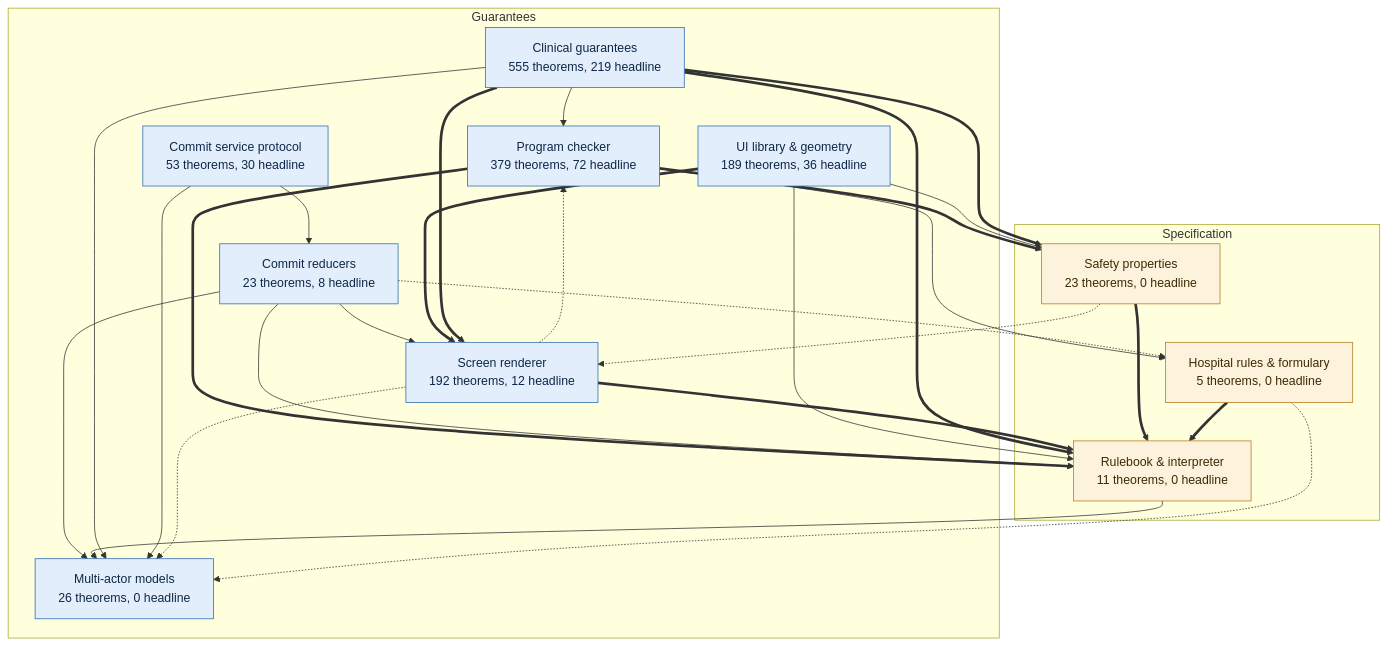
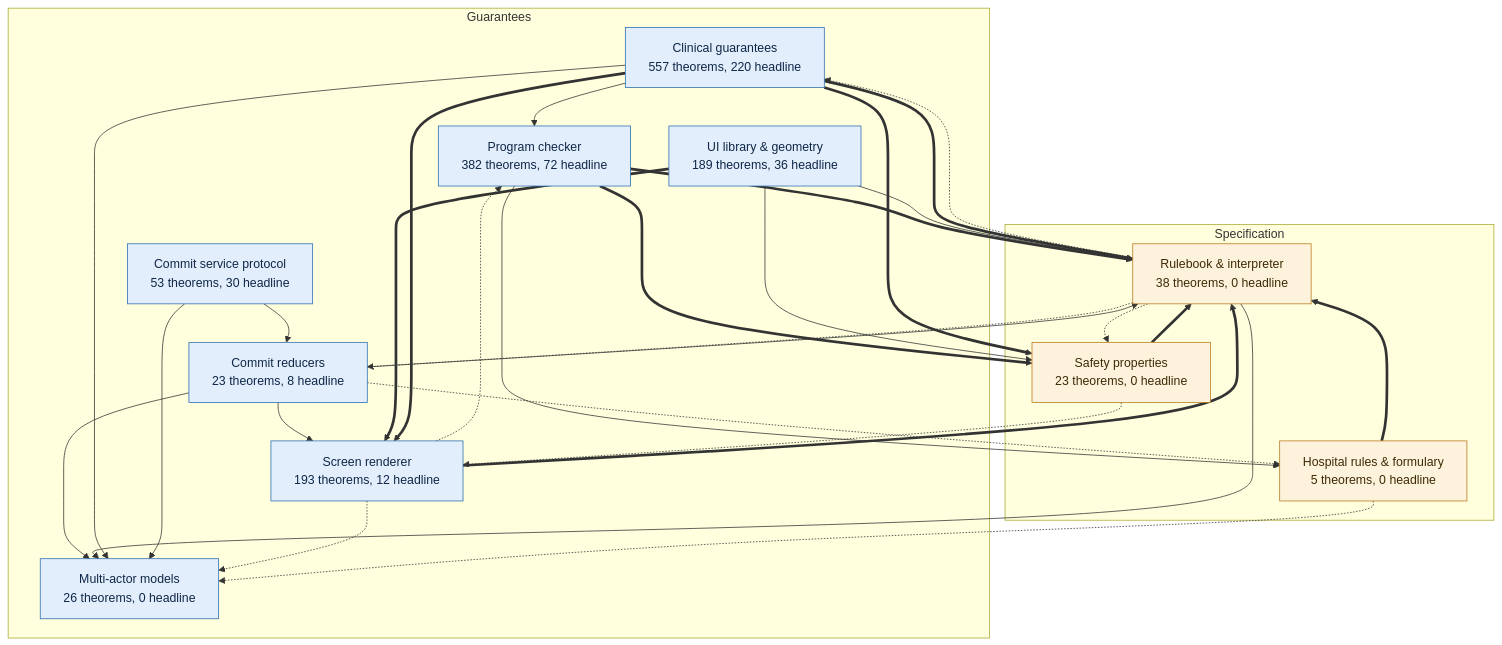
Before and after one commit to saithat/VGI-Health: the first of 9 diagrams in docs/proof-map.md, drawn with Mermaid. The commit also changed other lines of this file and 5 other files, not shown here.

````diff
--- a/docs/proof-map.md
+++ b/docs/proof-map.md
@@ -15,44 +15,47 @@
 ```mermaid
 flowchart TB
   subgraph guar_g["Guarantees"]
-    proofs["Clinical guarantees<br/>555 theorems, 219 headline"]:::guar
-    check["Program checker<br/>379 theorems, 72 headline"]:::guar
-    render["Screen renderer<br/>192 theorems, 12 headline"]:::guar
+    proofs["Clinical guarantees<br/>557 theorems, 220 headline"]:::guar
+    check["Program checker<br/>382 theorems, 72 headline"]:::guar
+    render["Screen renderer<br/>193 theorems, 12 headline"]:::guar
     layout["UI library &amp; geometry<br/>189 theorems, 36 headline"]:::guar
     commit["Commit reducers<br/>23 theorems, 8 headline"]:::guar
     protocol["Commit service protocol<br/>53 theorems, 30 headline"]:::guar
     multi["Multi-actor models<br/>26 theorems, 0 headline"]:::guar
   end
   subgraph spec_g["Specification"]
-    core["Rulebook &amp; interpreter<br/>11 theorems, 0 headline"]:::spec
+    core["Rulebook &amp; interpreter<br/>38 theorems, 0 headline"]:::spec
     props["Safety properties<br/>23 theorems, 0 headline"]:::spec
     specs["Hospital rules &amp; formulary<br/>5 theorems, 0 headline"]:::spec
   end
   check ==> core
   check ==> props
   check --> specs
   commit --> core
   commit --> multi
   commit --> render
   commit -.-> specs
+  core -.-> commit
   core --> multi
+  core -.-> proofs
+  core -.-> props
   layout --> core
   layout --> props
   layout ==> render
   proofs --> check
   proofs ==> core
   proofs --> multi
   proofs ==> props
   proofs ==> render
   props ==> core
   props -.-> render
   protocol --> commit
   protocol --> multi
   render -.-> check
   render ==> core
   render -.-> multi
   specs ==> core
   specs -.-> multi
   classDef spec fill:#fdf3dc,stroke:#b7791f,color:#3d2a06
   classDef guar fill:#e3eefc,stroke:#2b6cb0,color:#0f2747
 ```
````
